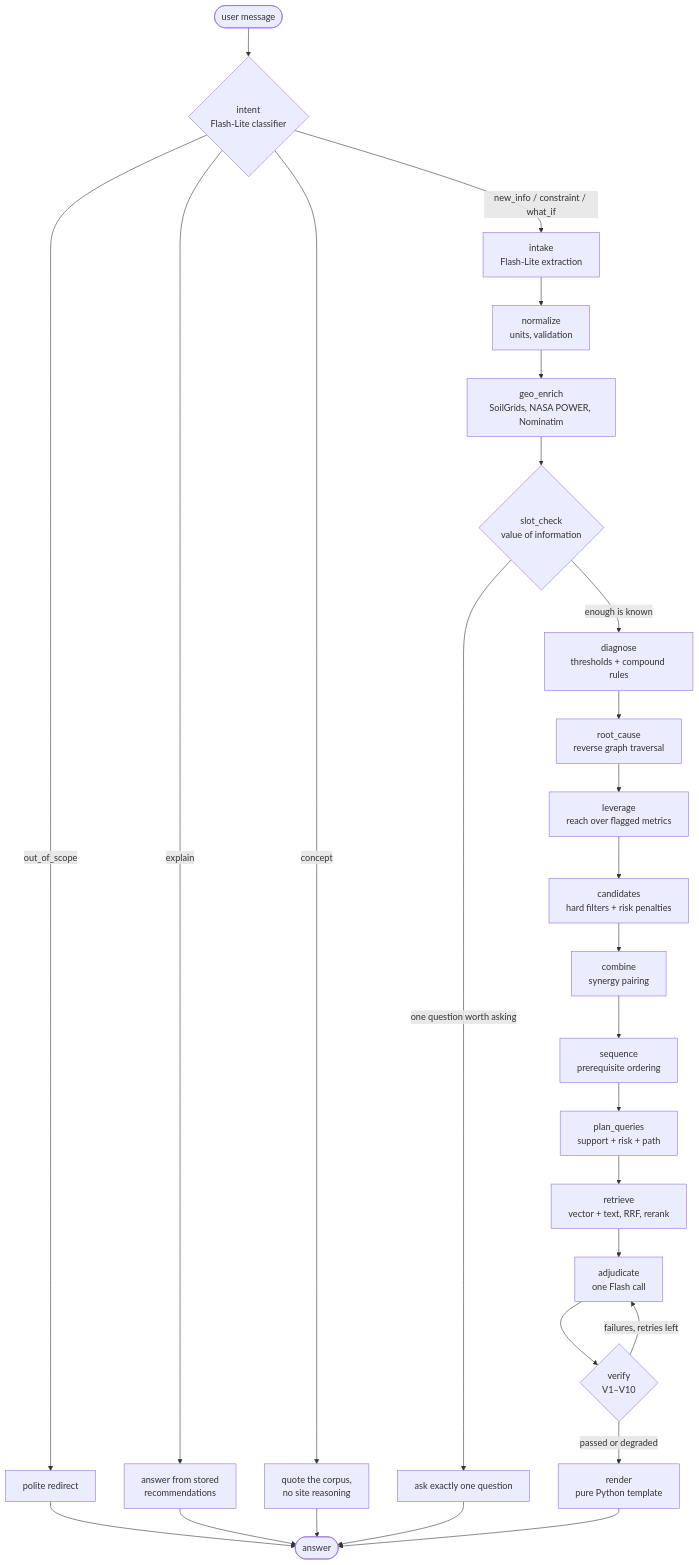
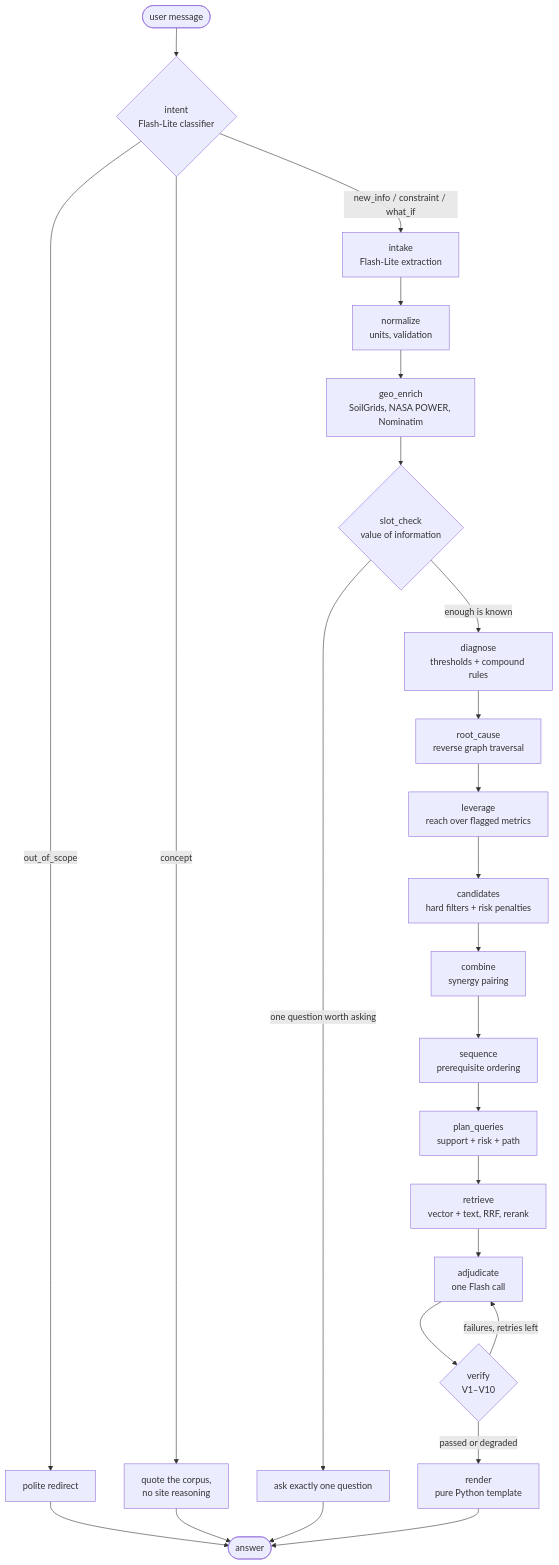
One commit to pankajkumar037/AI-Biodiversity-Intelligence-Bot changed the diagram in README.md. Above: the diagram before and after it, drawn with Mermaid. The commit also changed other lines of this file and 6 other files, not shown here.

````diff
--- a/README.md
+++ b/README.md
@@ -15,28 +15,27 @@
 ```mermaid
 flowchart TD
     START([user message]) --> intent{intent<br/>Flash-Lite classifier}
 
     intent -->|out_of_scope| oos[polite redirect] --> END([answer])
-    intent -->|explain| explain[answer from stored<br/>recommendations] --> END
     intent -->|concept| concept[quote the corpus,<br/>no site reasoning] --> END
     intent -->|new_info / constraint / what_if| intake[intake<br/>Flash-Lite extraction]
     intake --> normalize[normalize<br/>units, validation]
     normalize --> geo[geo_enrich<br/>SoilGrids, NASA POWER, Nominatim]
     geo --> slot{slot_check<br/>value of information}
 
     slot -->|one question worth asking| ask[ask exactly one question] --> END
     slot -->|enough is known| diagnose[diagnose<br/>thresholds + compound rules]
 
     diagnose --> root[root_cause<br/>reverse graph traversal]
     root --> lev[leverage<br/>reach over flagged metrics]
     lev --> cand[candidates<br/>hard filters + risk penalties]
     cand --> comb[combine<br/>synergy pairing]
     comb --> seq[sequence<br/>prerequisite ordering]
     seq --> plan[plan_queries<br/>support + risk + path]
     plan --> ret[retrieve<br/>vector + text, RRF, rerank]
     ret --> adj[adjudicate<br/>one Flash call]
     adj --> ver{verify<br/>V1–V10}
     ver -->|failures, retries left| adj
     ver -->|passed or degraded| render[render<br/>pure Python template]
     render --> END
 ```
````
